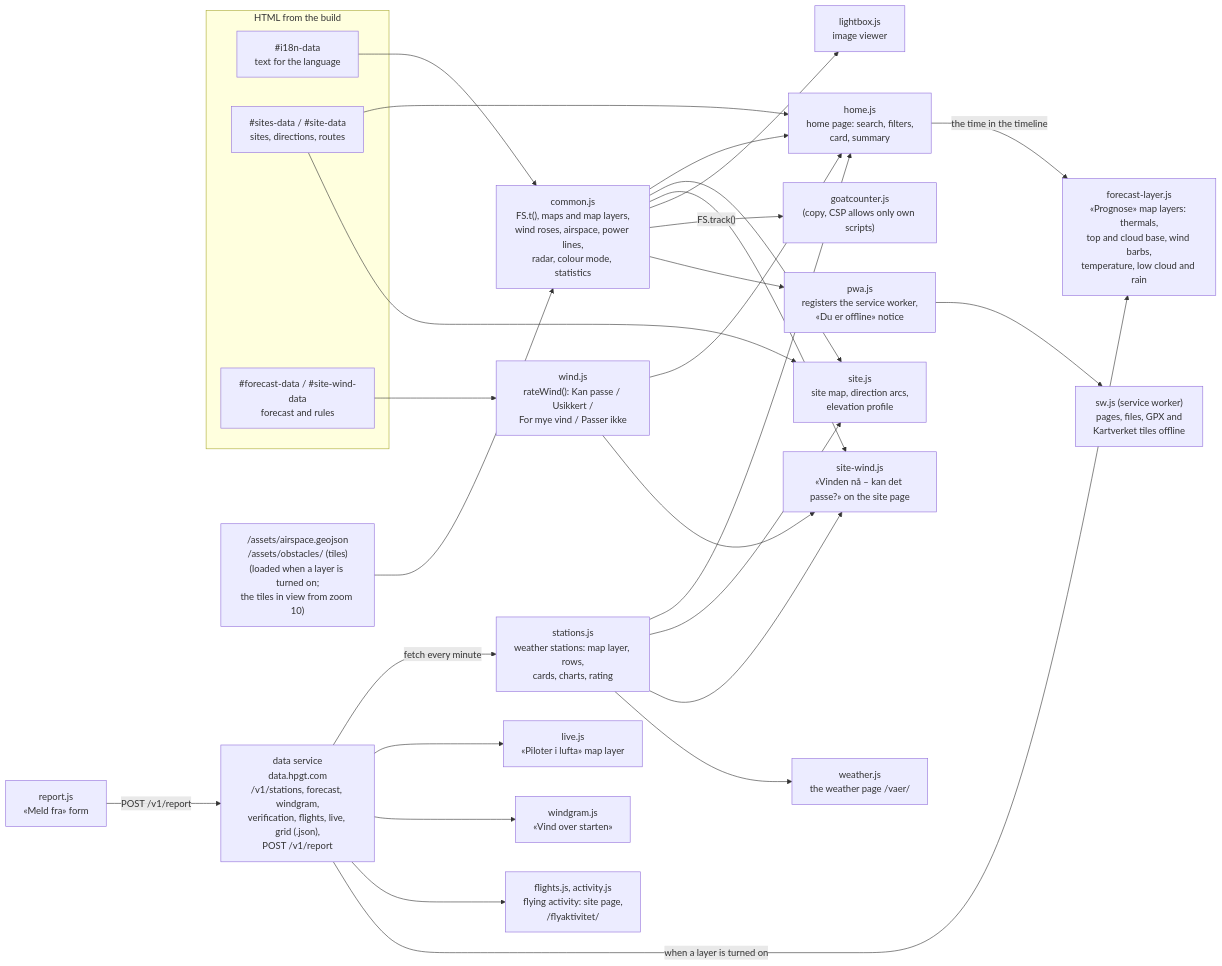
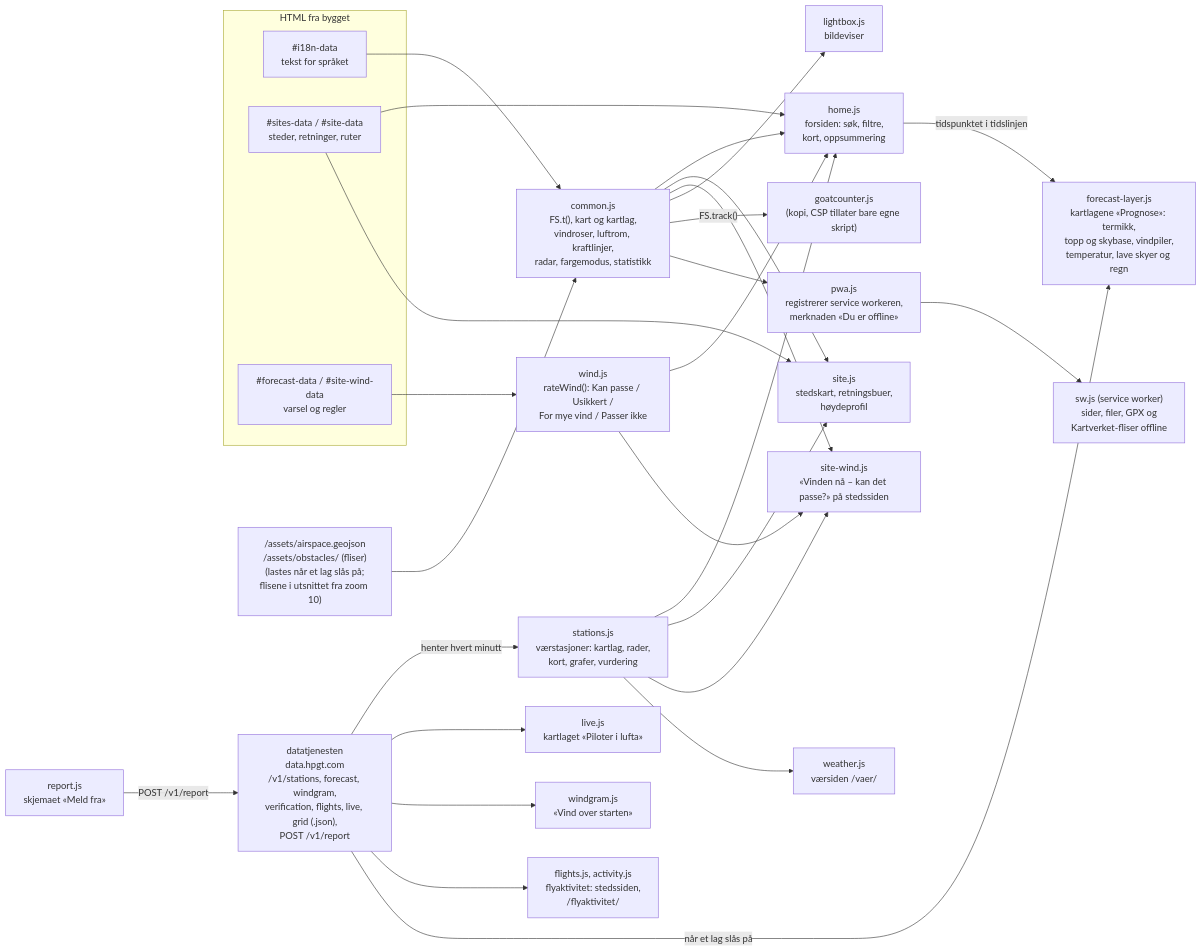
The third of 7 diagrams in docs/architecture.md (hpgt-com/flying-sites), drawn with Mermaid before and after one commit. The commit also changed other lines of this file and 28 other files, not shown here.

````diff
--- a/docs/architecture.md
+++ b/docs/architecture.md
@@ -134,40 +142,40 @@
 ```mermaid
 flowchart LR
-  subgraph page["HTML from the build"]
-    j1["#i18n-data<br/>text for the language"]
-    j2["#sites-data / #site-data<br/>sites, directions, routes"]
-    j3["#forecast-data / #site-wind-data<br/>forecast and rules"]
+  subgraph page["HTML fra bygget"]
+    j1["#i18n-data<br/>tekst for språket"]
+    j2["#sites-data / #site-data<br/>steder, retninger, ruter"]
+    j3["#forecast-data / #site-wind-data<br/>varsel og regler"]
   end
 
-  common["common.js<br/>FS.t(), maps and map layers,<br/>wind roses, airspace, power lines,<br/>radar, colour mode, statistics"]
-  assets["/assets/airspace.geojson<br/>/assets/obstacles/ (tiles)<br/>(loaded when a layer is turned on;<br/>the tiles in view from zoom 10)"]
+  common["common.js<br/>FS.t(), kart og kartlag,<br/>vindroser, luftrom, kraftlinjer,<br/>radar, fargemodus, statistikk"]
+  assets["/assets/airspace.geojson<br/>/assets/obstacles/ (fliser)<br/>(lastes når et lag slås på;<br/>flisene i utsnittet fra zoom 10)"]
   wind["wind.js<br/>rateWind(): Kan passe / Usikkert /<br/>For mye vind / Passer ikke"]
-  home["home.js<br/>home page: search, filters,<br/>card, summary"]
-  site["site.js<br/>site map, direction arcs,<br/>elevation profile"]
-  sitewind["site-wind.js<br/>«Vinden nå – kan det passe?» on the site page"]
-  stations["stations.js<br/>weather stations: map layer, rows,<br/>cards, charts, rating"]
-  weather["weather.js<br/>the weather page /vaer/"]
-  data["data service<br/>data.hpgt.com<br/>/v1/stations, forecast, windgram,<br/>verification, flights, live, grid (.json),<br/>POST /v1/report"]
-  live["live.js<br/>«Piloter i lufta» map layer"]
-  forecastlayer["forecast-layer.js<br/>«Prognose» map layers: thermals,<br/>top and cloud base, wind barbs,<br/>temperature, low cloud and rain"]
+  home["home.js<br/>forsiden: søk, filtre,<br/>kort, oppsummering"]
+  site["site.js<br/>stedskart, retningsbuer,<br/>høydeprofil"]
+  sitewind["site-wind.js<br/>«Vinden nå – kan det passe?» på stedssiden"]
+  stations["stations.js<br/>værstasjoner: kartlag, rader,<br/>kort, grafer, vurdering"]
+  weather["weather.js<br/>værsiden /vaer/"]
+  data["datatjenesten<br/>data.hpgt.com<br/>/v1/stations, forecast, windgram,<br/>verification, flights, live, grid (.json),<br/>POST /v1/report"]
+  live["live.js<br/>kartlaget «Piloter i lufta»"]
+  forecastlayer["forecast-layer.js<br/>kartlagene «Prognose»: termikk,<br/>topp og skybase, vindpiler,<br/>temperatur, lave skyer og regn"]
   windgram["windgram.js<br/>«Vind over starten»"]
-  flights["flights.js, activity.js<br/>flying activity: site page,<br/>/flyaktivitet/"]
-  report["report.js<br/>«Meld fra» form"]
-  lightbox["lightbox.js<br/>image viewer"]
-  goat["goatcounter.js<br/>(copy, CSP allows only own scripts)"]
-  pwa["pwa.js<br/>registers the service worker,<br/>«Du er offline» notice"]
-  sw["sw.js (service worker)<br/>pages, files, GPX and<br/>Kartverket tiles offline"]
+  flights["flights.js, activity.js<br/>flyaktivitet: stedssiden,<br/>/flyaktivitet/"]
+  report["report.js<br/>skjemaet «Meld fra»"]
+  lightbox["lightbox.js<br/>bildeviser"]
+  goat["goatcounter.js<br/>(kopi, CSP tillater bare egne skript)"]
+  pwa["pwa.js<br/>registrerer service workeren,<br/>merknaden «Du er offline»"]
+  sw["sw.js (service worker)<br/>sider, filer, GPX og<br/>Kartverket-fliser offline"]
 
   j1 --> common
   assets --> common
   common --> home & site & sitewind & lightbox
   j2 --> home & site
   j3 --> wind --> home & sitewind
-  data -- "fetch every minute" --> stations --> home & site & sitewind & weather
+  data -- "henter hvert minutt" --> stations --> home & site & sitewind & weather
   data --> live & windgram & flights
-  data -- "when a layer is turned on" --> forecastlayer
-  home -- "the time in the timeline" --> forecastlayer
+  data -- "når et lag slås på" --> forecastlayer
+  home -- "tidspunktet i tidslinjen" --> forecastlayer
   report -- "POST /v1/report" --> data
   common -- "FS.track()" --> goat
   common --> pwa --> sw
 ```
````
